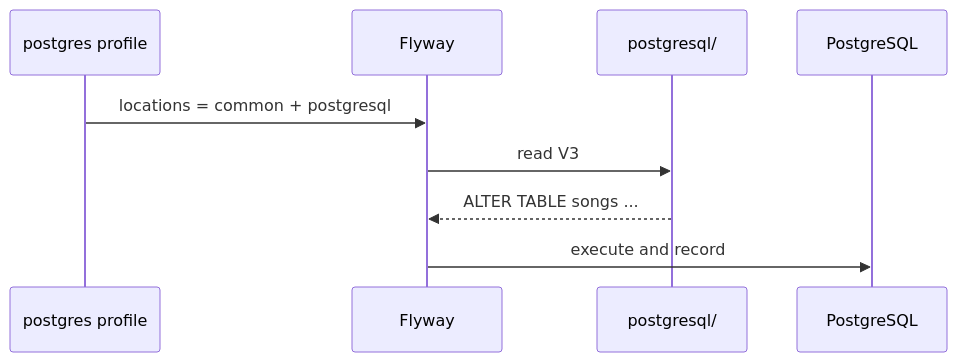
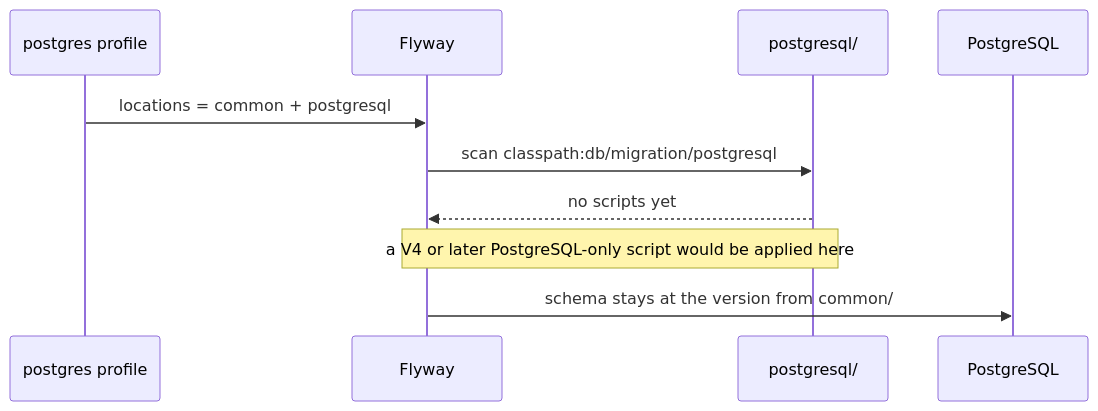
One commit to SebastianDorata/MusicDashboard changed the diagram in web/src/main/resources/db/migration/postgresql/README.md. Above: the diagram before and after it, drawn with Mermaid. The commit also changed other lines of this file and 8 other files, not shown here.

First line of the commit message:
Fix PostgreSQL support in both editions

````diff
--- a/web/src/main/resources/db/migration/postgresql/README.md
+++ b/web/src/main/resources/db/migration/postgresql/README.md
@@ -29,11 +32,12 @@
 ```mermaid
 sequenceDiagram
     participant Prof as postgres profile
     participant F as Flyway
     participant PG as postgresql/
     participant DB as PostgreSQL
     Prof->>F: locations = common + postgresql
-    F->>PG: read V3
-    PG-->>F: ALTER TABLE songs ...
-    F->>DB: execute and record
+    F->>PG: scan classpath:db/migration/postgresql
+    PG-->>F: no scripts yet
+    Note over F,PG: a V4 or later PostgreSQL-only script would be applied here
+    F->>DB: schema stays at the version from common/
 ```
````
